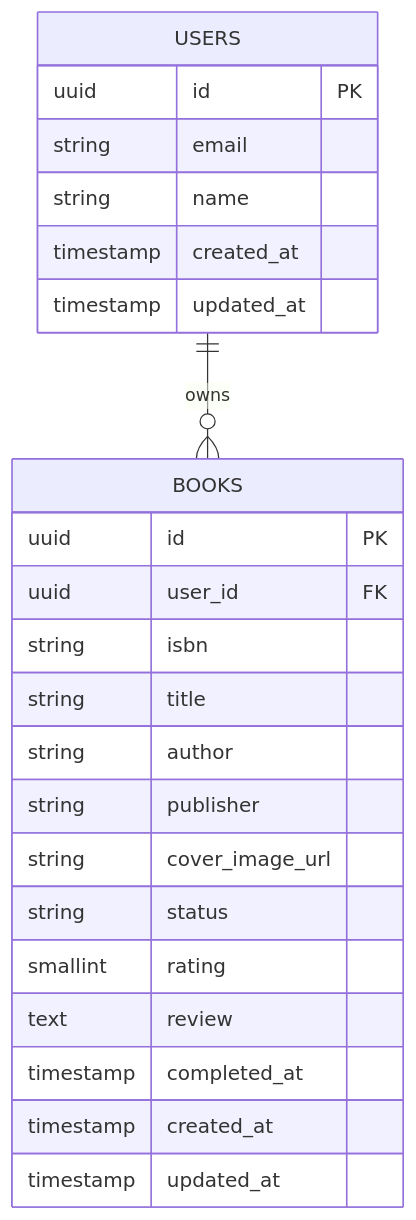
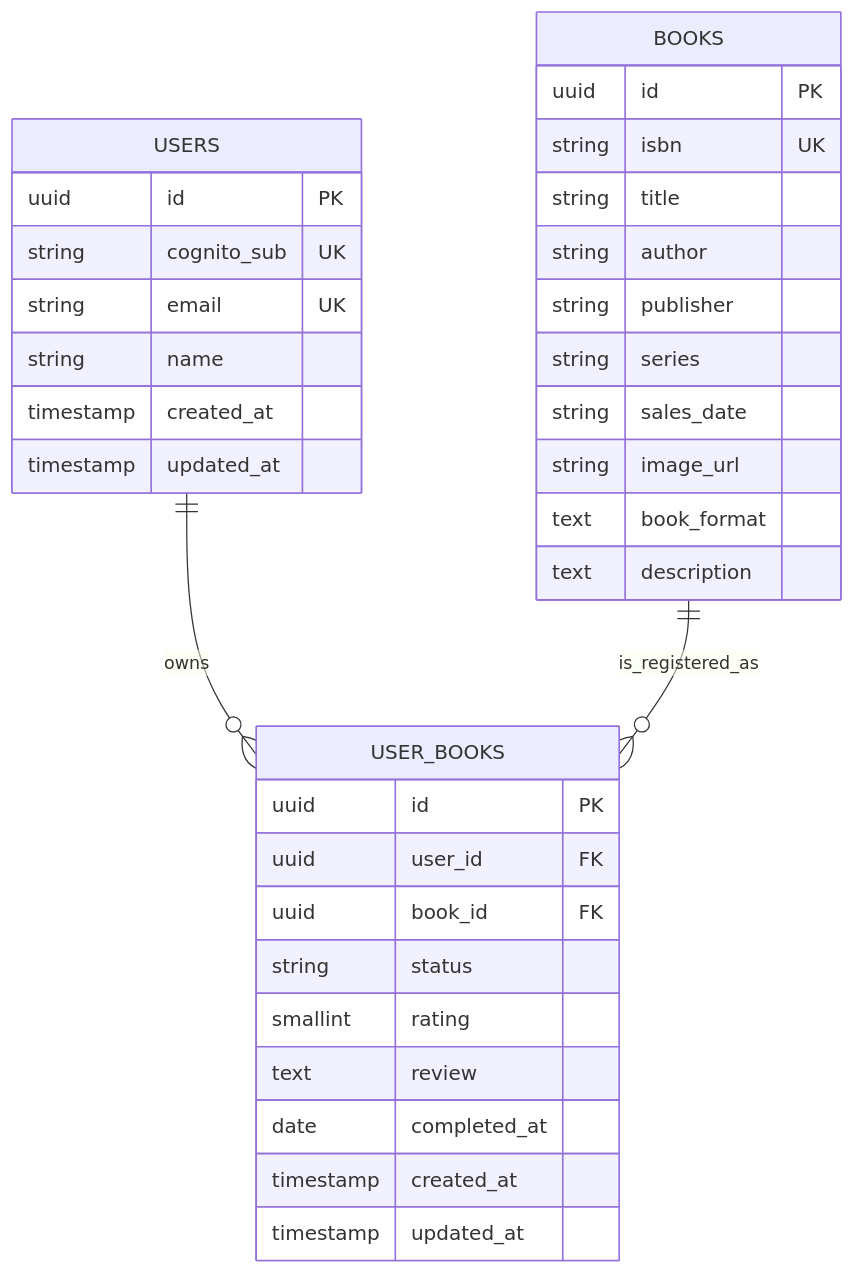
One commit to moriusa/book-record changed the diagram in docs/database/er.md. Above: the diagram before and after it, drawn with Mermaid. The commit also changed other lines of this file, not shown here.

Commit message:
docsのer図を現行の仕様に修正

````diff
--- a/docs/database/er.md
+++ b/docs/database/er.md
@@ -5,28 +5,39 @@
 ```mermaid
 erDiagram
-    USERS ||--o{ BOOKS : owns
+    USERS ||--o{ USER_BOOKS : owns
+    BOOKS ||--o{ USER_BOOKS : is_registered_as
 
     USERS {
         uuid id PK
-        string email
+        string cognito_sub UK
+        string email UK
         string name
         timestamp created_at
         timestamp updated_at
     }
 
     BOOKS {
         uuid id PK
-        uuid user_id FK
-        string isbn
+        string isbn UK
         string title
         string author
         string publisher
-        string cover_image_url
+        string series
+        string sales_date
+        string image_url
+        text book_format
+        text description
+    }
+
+    USER_BOOKS {
+        uuid id PK
+        uuid user_id FK
+        uuid book_id FK
         string status
         smallint rating
         text review
-        timestamp completed_at
+        date completed_at
         timestamp created_at
         timestamp updated_at
     }
 ```
````
